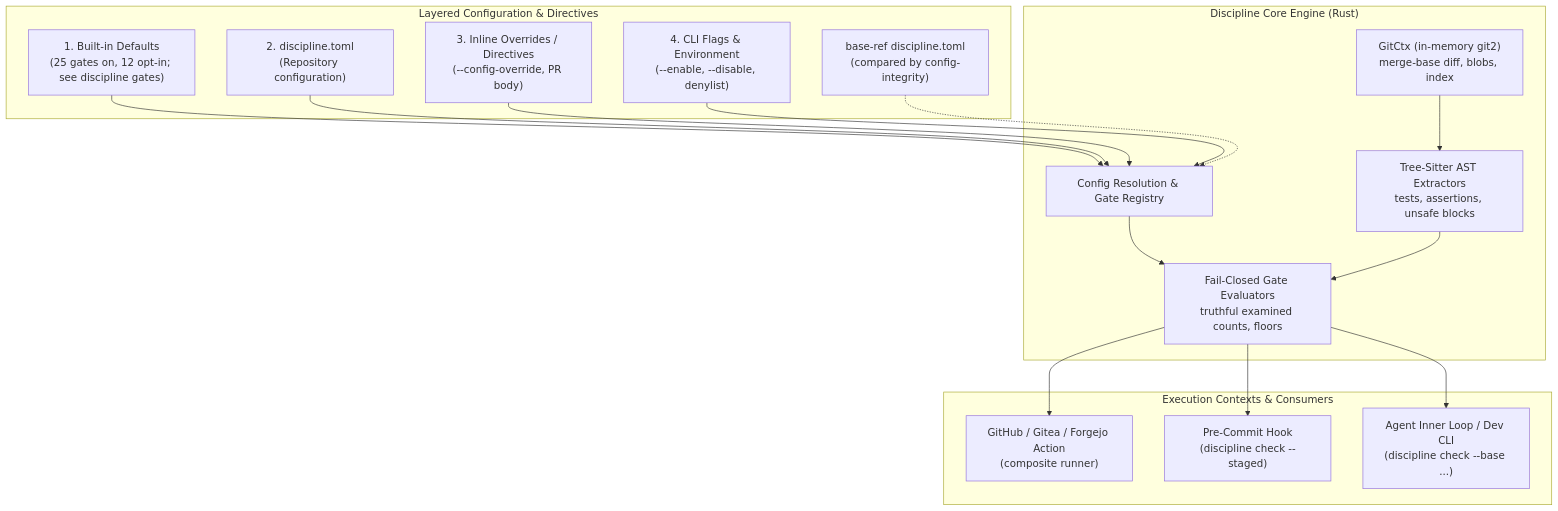
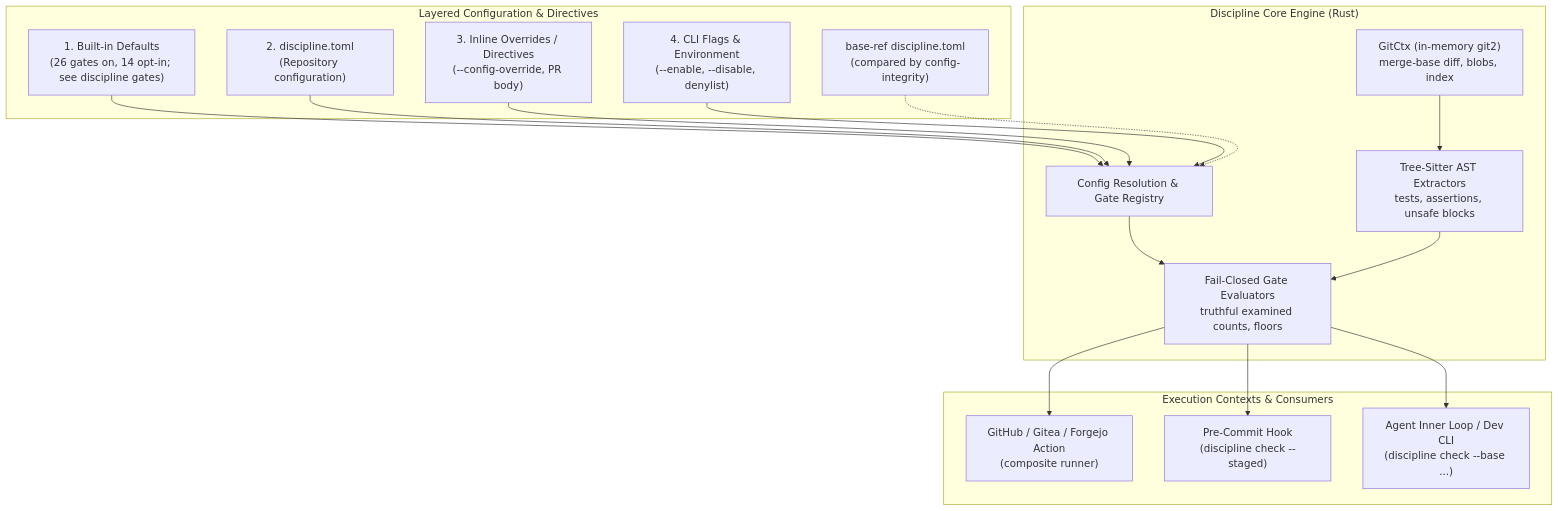
One commit to orieg/discipline changed the first of 4 diagrams in docs/ARCHITECTURE.md. Above: the diagram before and after it, drawn with Mermaid. The commit also changed other lines of this file and 4 other files, not shown here.

````diff
--- a/docs/ARCHITECTURE.md
+++ b/docs/ARCHITECTURE.md
@@ -40,37 +40,37 @@
 ```mermaid
 flowchart TD
     subgraph CFG_LAYER["Layered Configuration & Directives"]
-        D["1. Built-in Defaults<br/>(25 gates on, 12 opt-in; see discipline gates)"]
+        D["1. Built-in Defaults<br/>(26 gates on, 14 opt-in; see discipline gates)"]
         F["2. discipline.toml<br/>(Repository configuration)"]
         O["3. Inline Overrides / Directives<br/>(--config-override, PR body)"]
         CLI["4. CLI Flags & Environment<br/>(--enable, --disable, denylist)"]
         BASE_CFG["base-ref discipline.toml<br/>(compared by config-integrity)"]
     end
 
     subgraph ENGINE["Discipline Core Engine (Rust)"]
         RESOLVE["Config Resolution & Gate Registry"]
         GIT["GitCtx (in-memory git2)<br/>merge-base diff, blobs, index"]
         AST["Tree-Sitter AST Extractors<br/>tests, assertions, unsafe blocks"]
         EVAL["Fail-Closed Gate Evaluators<br/>truthful examined counts, floors"]
     end
 
     subgraph CONSUMERS["Execution Contexts & Consumers"]
         ACTION["GitHub / Gitea / Forgejo Action<br/>(composite runner)"]
         HOOK["Pre-Commit Hook<br/>(discipline check --staged)"]
         DEV["Agent Inner Loop / Dev CLI<br/>(discipline check --base ...)"]
     end
 
     D --> RESOLVE
     F --> RESOLVE
     O --> RESOLVE
     CLI --> RESOLVE
     BASE_CFG -.-> RESOLVE
 
     RESOLVE --> EVAL
     GIT --> AST
     AST --> EVAL
 
     EVAL --> ACTION
     EVAL --> HOOK
     EVAL --> DEV
 ```
````
